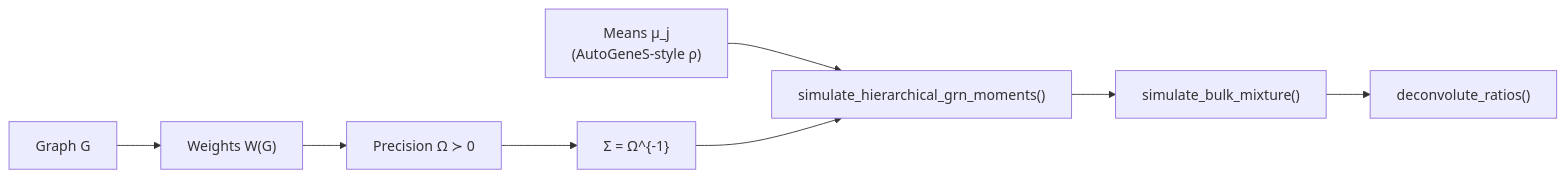
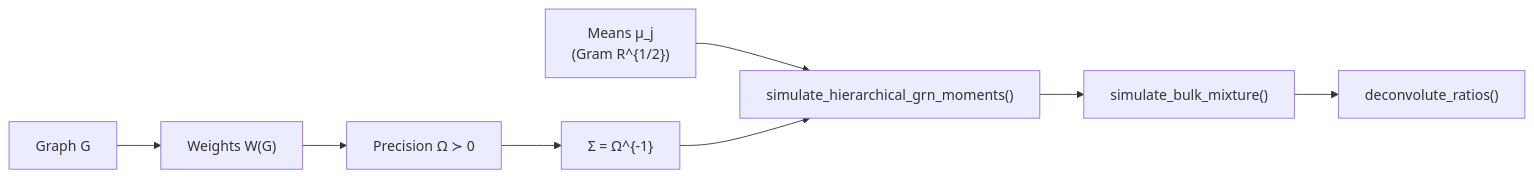
One commit to bastienchassagnol/DeCovarT changed the first of 2 diagrams in vignettes/synthetic-scenarios.qmd. Above: the diagram before and after it, drawn with Mermaid. The commit also changed other lines of this file and 61 other files, not shown here.

````diff
--- a/vignettes/synthetic-scenarios.qmd
+++ b/vignettes/synthetic-scenarios.qmd
@@ -57,13 +57,13 @@
 ```{mermaid}
 %%| label: fig-pipeline-api
 %%| fig-cap: "Pipeline from synthetic moment generation to deconvolution."
 %%{init: {"theme": "sandstone"}}%%
 flowchart LR
   A["Graph G"] --> B["Weights W(G)"]
   B --> C["Precision Ω ≻ 0"]
   C --> D["Σ = Ω^{-1}"]
-  E["Means μ_j\n(AutoGeneS-style ρ)"] --> F["simulate_hierarchical_grn_moments()"]
+  E["Means μ_j\n(Gram R^{1/2})"] --> F["simulate_hierarchical_grn_moments()"]
   D --> F
   F --> G["simulate_bulk_mixture()"]
   G --> H["deconvolute_ratios()"]
 ```
````
